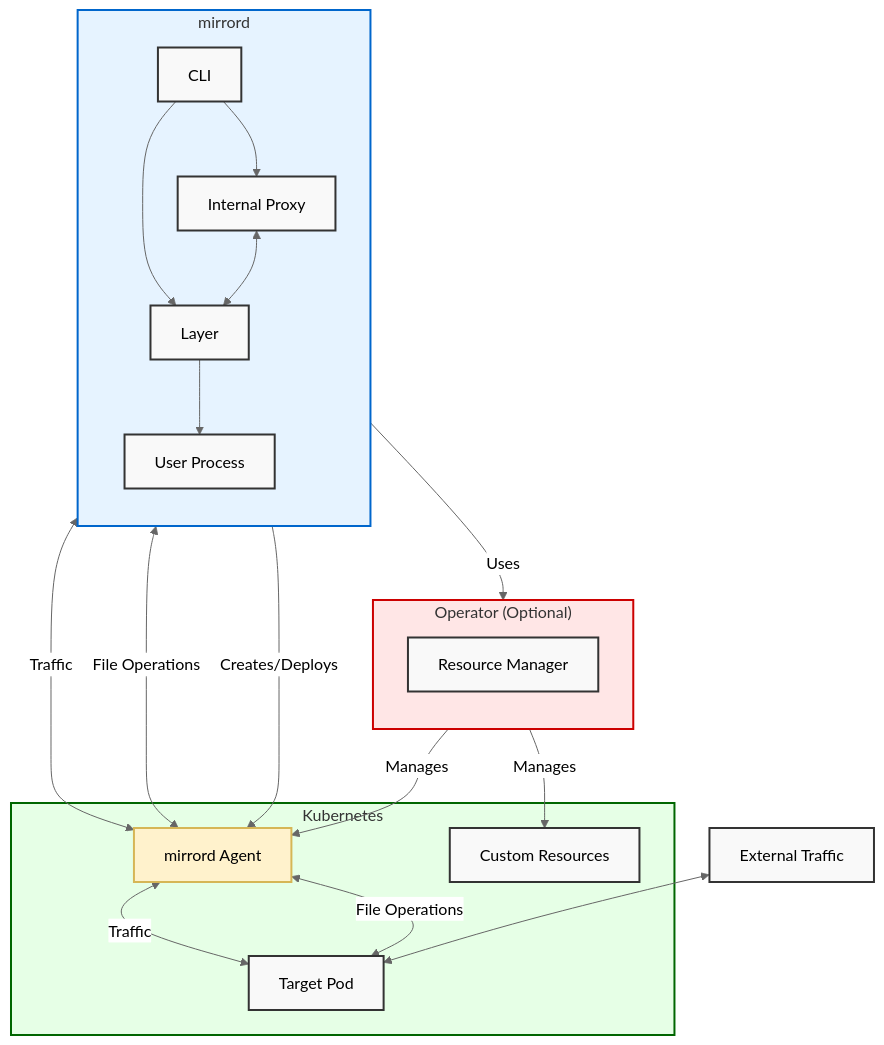
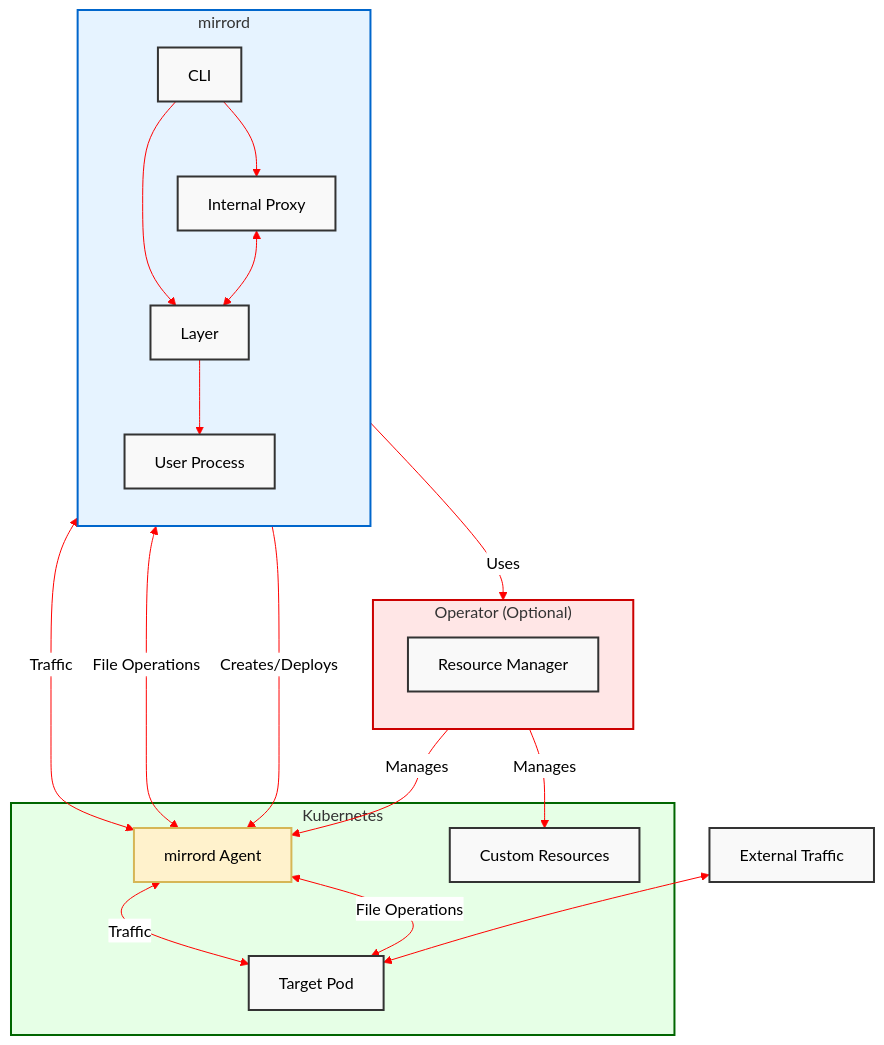
One commit to metalbear-co/mirrord changed the first of 2 diagrams in CONTRIBUTING.md. Above: the diagram before and after it, drawn with Mermaid. The commit also changed other lines of this file, not shown here.

Commit message:
variableS

````diff
--- a/CONTRIBUTING.md
+++ b/CONTRIBUTING.md
@@ -628,52 +628,52 @@
 ```mermaid
-%%{init: {'theme':'neutral', 'themeVariable':{'lineColor': '#f00'}}}%%
+%%{init: {'theme': 'neutral', 'themeVariables': {'lineColor': '#f00'}}}%%
 graph TB
     ExternalTraffic["External Traffic"]
 
     subgraph mirrord["mirrord"]
         direction TB
         CLI["CLI"]
         Layer["Layer"]
         Process["User Process"]
         IntProxy["Internal Proxy"]
 
         CLI --> Layer
         Layer --> Process
         CLI --> IntProxy
         IntProxy <--> Layer
     end
 
     subgraph K8s["Kubernetes"]
         Agent["mirrord Agent"]
         Pod[Target Pod]
         CRDs[Custom Resources]
     end
 
     subgraph Operator["Operator (Optional)"]
         direction TB
         Manager["Resource Manager"]
     end
 
     IntProxy <--> |"Traffic"| Agent
     IntProxy <--> |"File Operations"| Agent
     CLI -- "Creates/Deploys" --> Agent
     CLI -- "Uses" --> Operator
 
     Agent <--> |"Traffic"| Pod
     Agent <--> |"File Operations"| Pod
     ExternalTraffic <--> Pod
 
     Operator -- "Manages" --> Agent
     Operator -- "Manages" --> CRDs
 
     classDef default fill:#f9f9f9,stroke:#333,stroke-width:2px
     classDef mirrord fill:#e6f3ff,stroke:#0066cc,stroke-width:2px
     classDef operator fill:#ffe6e6,stroke:#cc0000,stroke-width:2px
     classDef k8s fill:#e6ffe6,stroke:#006600,stroke-width:2px
     classDef agent fill:#fff2cc,stroke:#d6b656,stroke-width:2px
 
     class mirrord mirrord
     class Operator operator
     class K8s k8s
     class Agent agent
 ```
````
